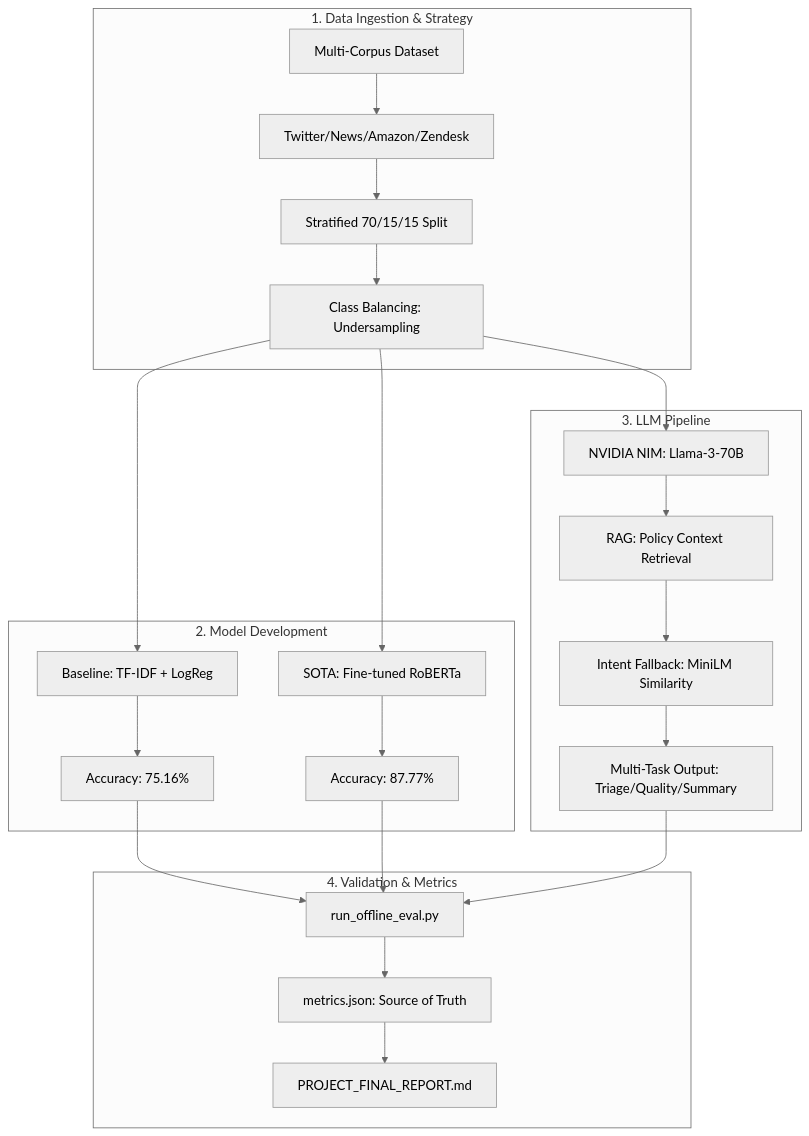
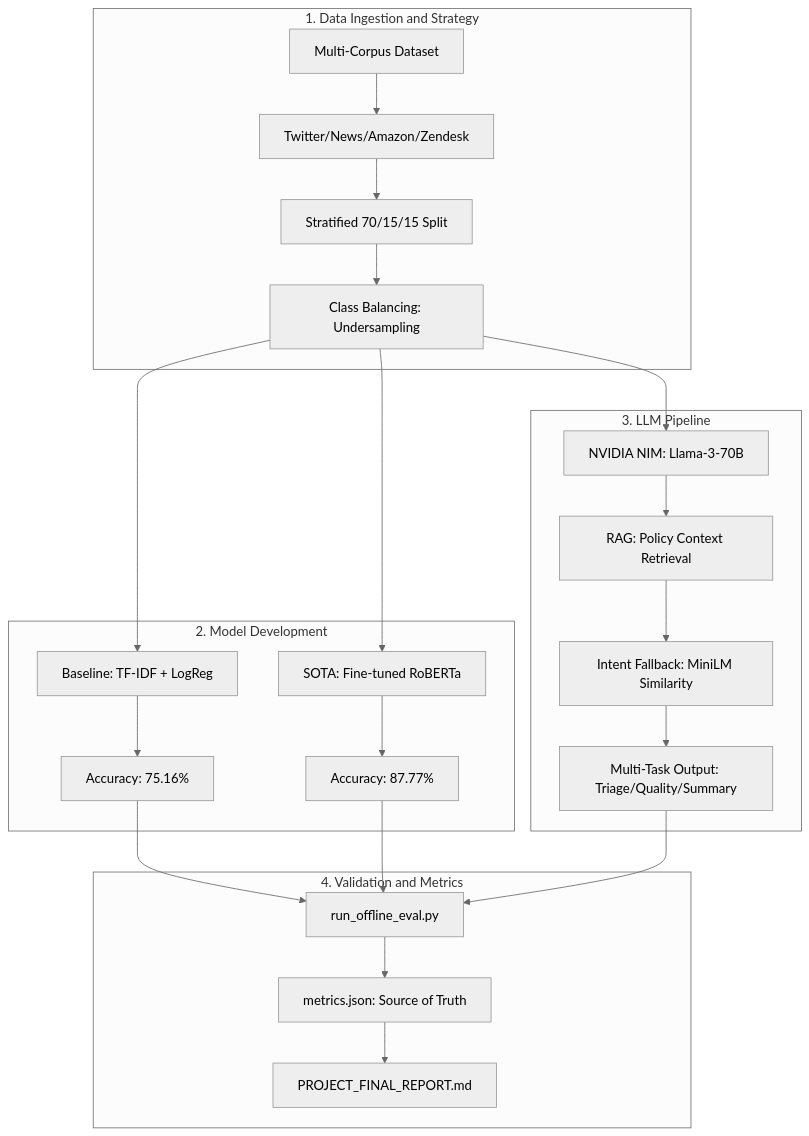
Before and after one commit to dev4-gpt/llm-assisted-customer-support: the diagram in PROJECT_FINAL_REPORT.md, drawn with Mermaid (neutral theme).

Commit message:
fix: mermaid rendering on github

````diff
--- a/PROJECT_FINAL_REPORT.md
+++ b/PROJECT_FINAL_REPORT.md
@@ -10,28 +10,30 @@
 ```mermaid
 graph TD
-    subgraph Data_Layer [1. Data Ingestion & Strategy]
-        A[Multi-Corpus Dataset] --> B[Twitter/News/Amazon/Zendesk]
-        B --> C[Stratified 70/15/15 Split]
-        C --> D[Class Balancing: Undersampling]
+    subgraph Data_Layer ["1. Data Ingestion and Strategy"]
+        A["Multi-Corpus Dataset"] --> B["Twitter/News/Amazon/Zendesk"]
+        B --> C["Stratified 70/15/15 Split"]
+        C --> D["Class Balancing: Undersampling"]
     end
 
-    subgraph Experimental_Layer [2. Model Development]
-        D --> E[Baseline: TF-IDF + LogReg]
-        D --> F[SOTA: Fine-tuned RoBERTa]
-        E --> G[Accuracy: 75.16%]
-        F --> H[Accuracy: 87.77%]
+    subgraph Experimental_Layer ["2. Model Development"]
+        D --> E["Baseline: TF-IDF + LogReg"]
+        D --> F["SOTA: Fine-tuned RoBERTa"]
+        E --> G["Accuracy: 75.16%"]
+        F --> H["Accuracy: 87.77%"]
     end
 
-    subgraph Production_Layer [3. LLM Pipeline]
-        D --> I[NVIDIA NIM: Llama-3-70B]
-        I --> J[RAG: Policy Context Retrieval]
-        J --> K[Intent Fallback: MiniLM Similarity]
-        K --> L[Multi-Task Output: Triage/Quality/Summary]
+    subgraph Production_Layer ["3. LLM Pipeline"]
+        D --> I["NVIDIA NIM: Llama-3-70B"]
+        I --> J["RAG: Policy Context Retrieval"]
+        J --> K["Intent Fallback: MiniLM Similarity"]
+        K --> L["Multi-Task Output: Triage/Quality/Summary"]
     end
 
-    subgraph Evaluation_Layer [4. Validation & Metrics]
-        G & H & L --> M[run_offline_eval.py]
-        M --> N[metrics.json: Source of Truth]
-        N --> O[PROJECT_FINAL_REPORT.md]
+    subgraph Evaluation_Layer ["4. Validation and Metrics"]
+        G --> M["run_offline_eval.py"]
+        H --> M
+        L --> M
+        M --> N["metrics.json: Source of Truth"]
+        N --> O["PROJECT_FINAL_REPORT.md"]
     end
 ```
````
